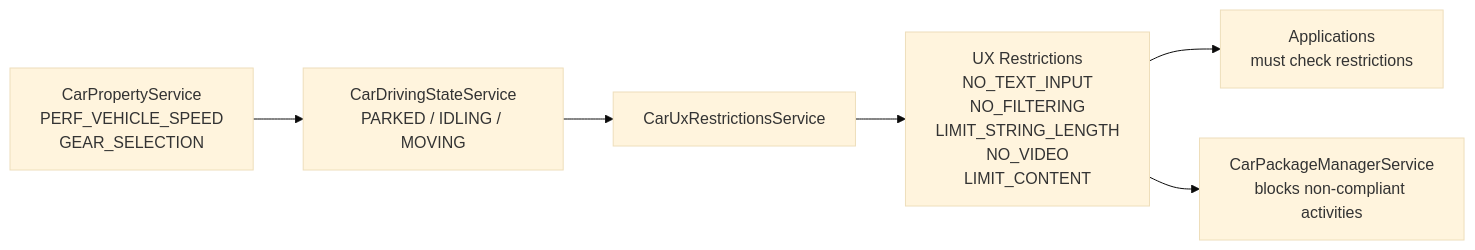
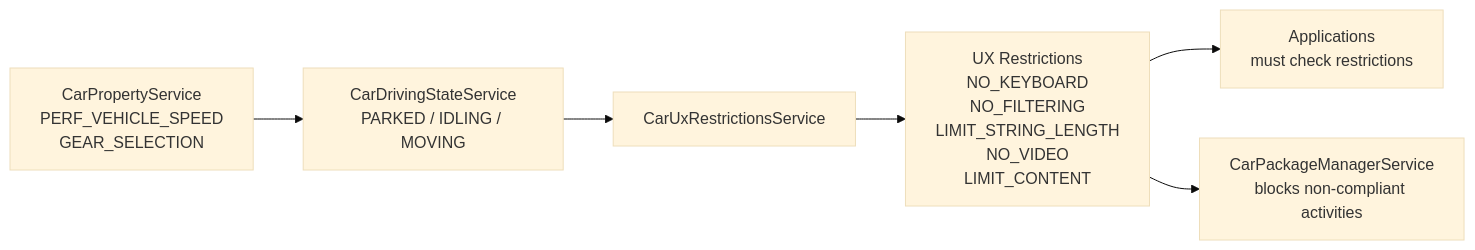
One commit to aospbooks/aosp-internal-book changed diagram 12 of 47 in 62-form-factors.md. Above: the diagram before and after it, drawn with Mermaid (base theme). The commit also changed other lines of this file and 218 other files, not shown here.

````diff
--- a/62-form-factors.md
+++ b/62-form-factors.md
@@ -1128,8 +1131,8 @@
 ```mermaid
 graph LR
     CPS["CarPropertyService<br/>PERF_VEHICLE_SPEED<br/>GEAR_SELECTION"] --> CDSS["CarDrivingStateService<br/>PARKED / IDLING / MOVING"]
     CDSS --> CUXRS[CarUxRestrictionsService]
-    CUXRS --> UXR["UX Restrictions<br/>NO_TEXT_INPUT<br/>NO_FILTERING<br/>LIMIT_STRING_LENGTH<br/>NO_VIDEO<br/>LIMIT_CONTENT"]
+    CUXRS --> UXR["UX Restrictions<br/>NO_KEYBOARD<br/>NO_FILTERING<br/>LIMIT_STRING_LENGTH<br/>NO_VIDEO<br/>LIMIT_CONTENT"]
     UXR --> Apps["Applications<br/>must check restrictions"]
     UXR --> CPMS2["CarPackageManagerService<br/>blocks non-compliant activities"]
 ```
````
